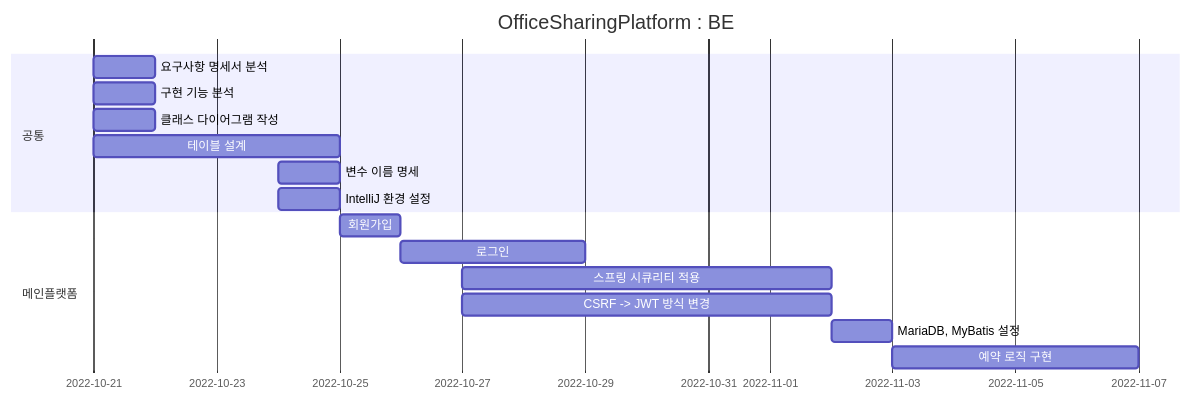
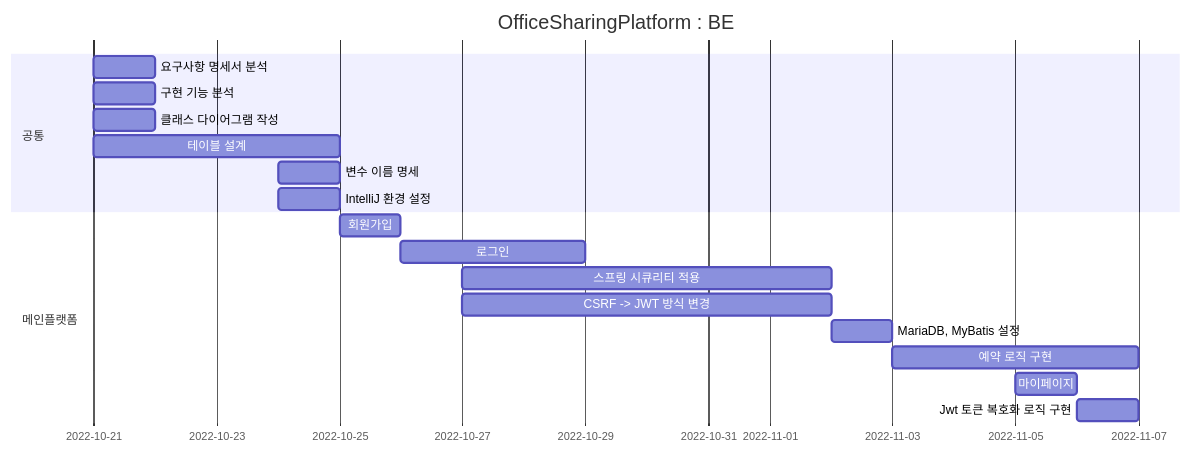
One commit to Hell-O-Demon-World/semi-OfficeSharingPlatform changed the diagram in README.md. Above: the diagram before and after it, drawn with Mermaid.

Commit message:
update : README

````diff
--- a/README.md
+++ b/README.md
@@ -11,22 +11,25 @@
 ```mermaid
 gantt
 dateFormat MM-DD
 title OfficeSharingPlatform : BE
 
     section 공통
     요구사항 명세서 분석      :chap1, 10-21, 1d
     구현 기능 분석          :chap2, 10-21, 1d
     클래스 다이어그램 작성    :chap3, 10-21, 1d 
     테이블 설계            :chap4, 10-21, 4d
     변수 이름 명세          :chap5, 10-24, 1d
     IntelliJ 환경 설정     :chap6, 10-24, 1d
 
     section 메인플랫폼
     회원가입                :chap1, 10-25, 1d
     로그인                 :chap2, 10-26, 3d
     스프링 시큐리티 적용       :chap3, 10-27, 6d
     CSRF -> JWT 방식 변경   :chap4, 10-27, 6d
-    MariaDB, MyBatis 설정 :chap5, 11-02, 1d
+    MariaDB, MyBatis 설정  :chap5, 11-02, 1d
     예약 로직 구현           :chap6, 11-03, 4d
+    마이페이지               :chap7, 11-05, 1d
+    Jwt 토큰 복호화 로직 구현  :chap8, 11-06, 1d
+
     
 ```
````
